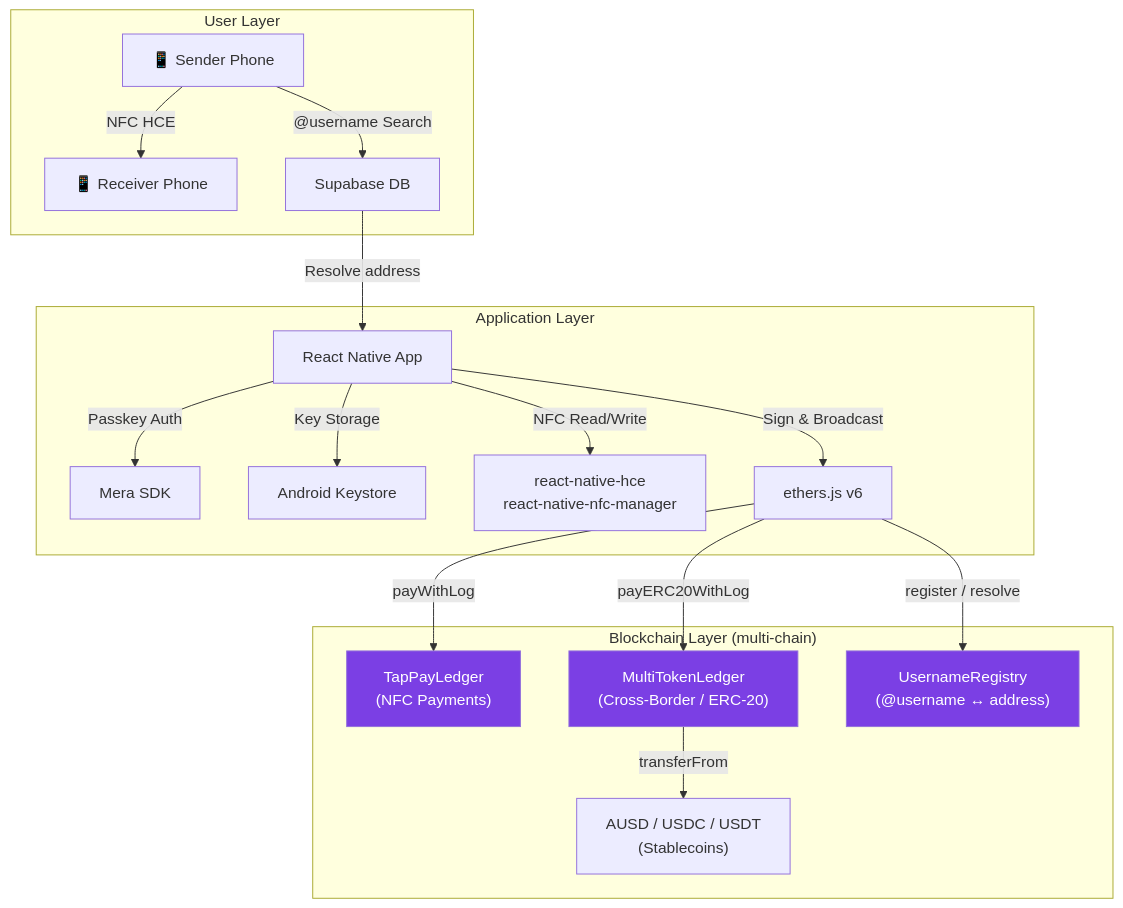
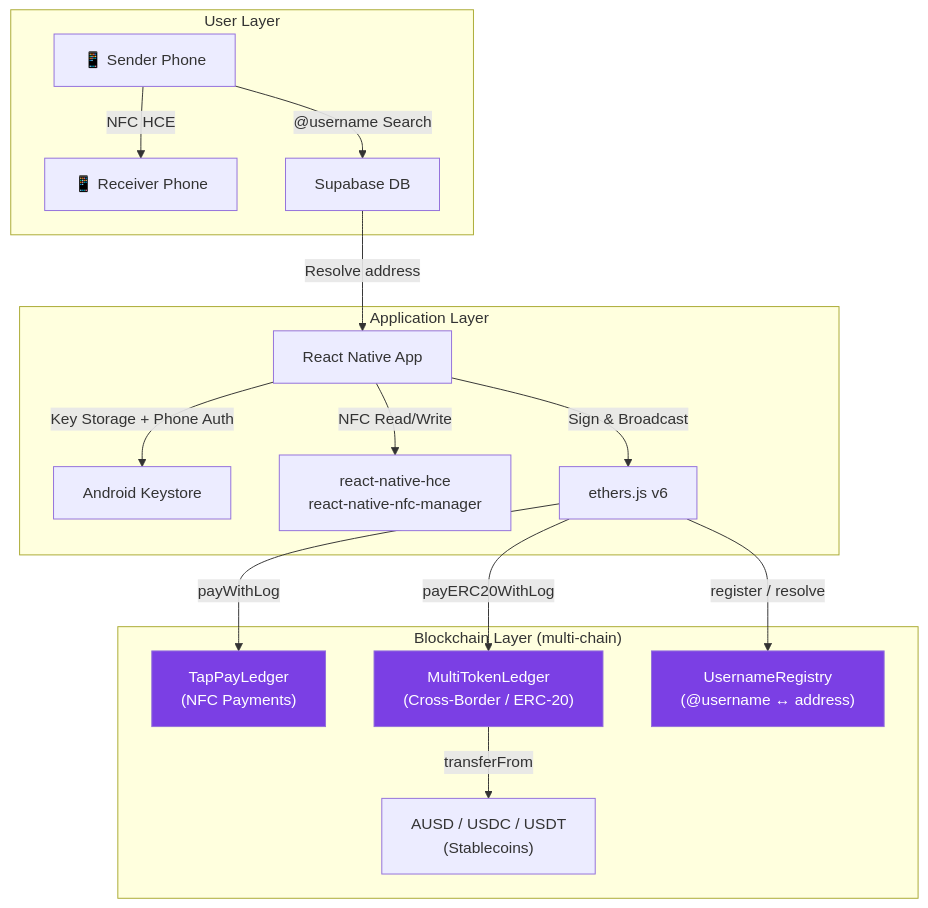
Before and after one commit to anuraggdubey/Tap-Pay: the diagram in README.md, drawn with Mermaid. The commit also changed other lines of this file and 10 other files, not shown here.

First line of the commit message:
Remove Mera passkey integration

````diff
--- a/README.md
+++ b/README.md
@@ -138,32 +138,31 @@
 ```mermaid
 graph TB
     subgraph "User Layer"
         A["📱 Sender Phone"] -->|NFC HCE| B["📱 Receiver Phone"]
         A -->|"@username Search"| C["Supabase DB"]
     end
 
     subgraph "Application Layer"
         D["React Native App"]
-        D -->|Passkey Auth| E["Mera SDK"]
-        D -->|Key Storage| F["Android Keystore"]
+        D -->|Key Storage + Phone Auth| F["Android Keystore"]
         D -->|NFC Read/Write| G["react-native-hce\nreact-native-nfc-manager"]
         D -->|Sign & Broadcast| H["ethers.js v6"]
     end
 
     subgraph "Blockchain Layer (multi-chain)"
         I["TapPayLedger\n(NFC Payments)"]
         J["MultiTokenLedger\n(Cross-Border / ERC-20)"]
         K["UsernameRegistry\n(@username ↔ address)"]
         L["AUSD / USDC / USDT\n(Stablecoins)"]
     end
 
     C -->|Resolve address| D
     H -->|payWithLog| I
     H -->|payERC20WithLog| J
     H -->|register / resolve| K
     J -->|transferFrom| L
 
     style I fill:#7B3FE4,color:#fff
     style J fill:#7B3FE4,color:#fff
     style K fill:#7B3FE4,color:#fff
 ```
````
